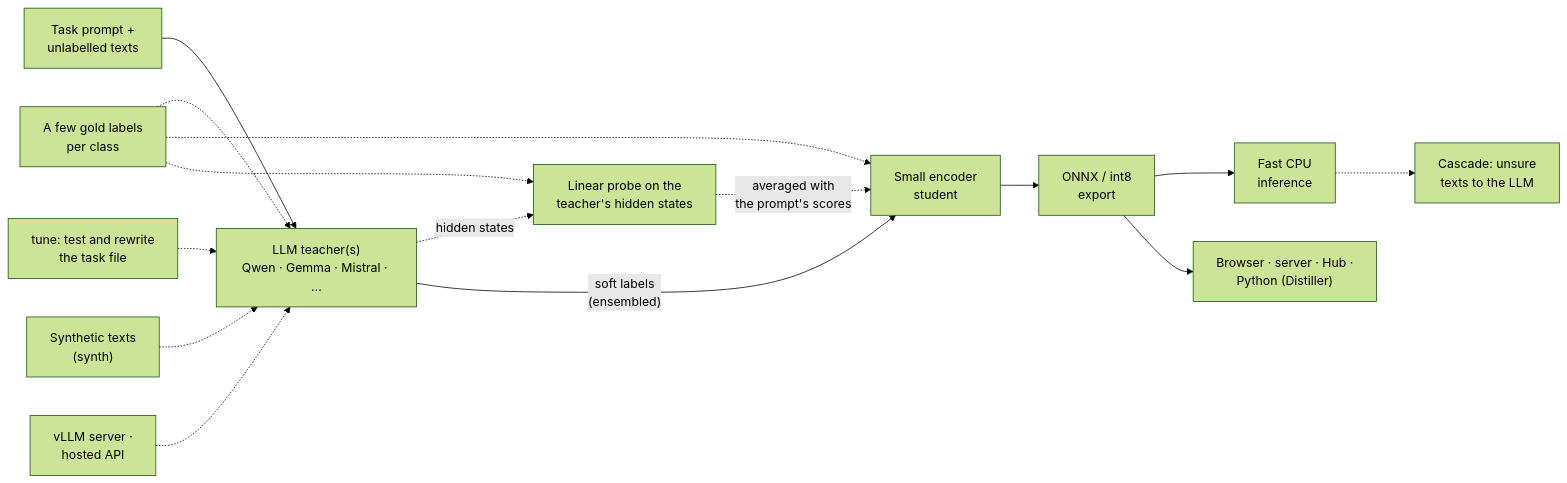
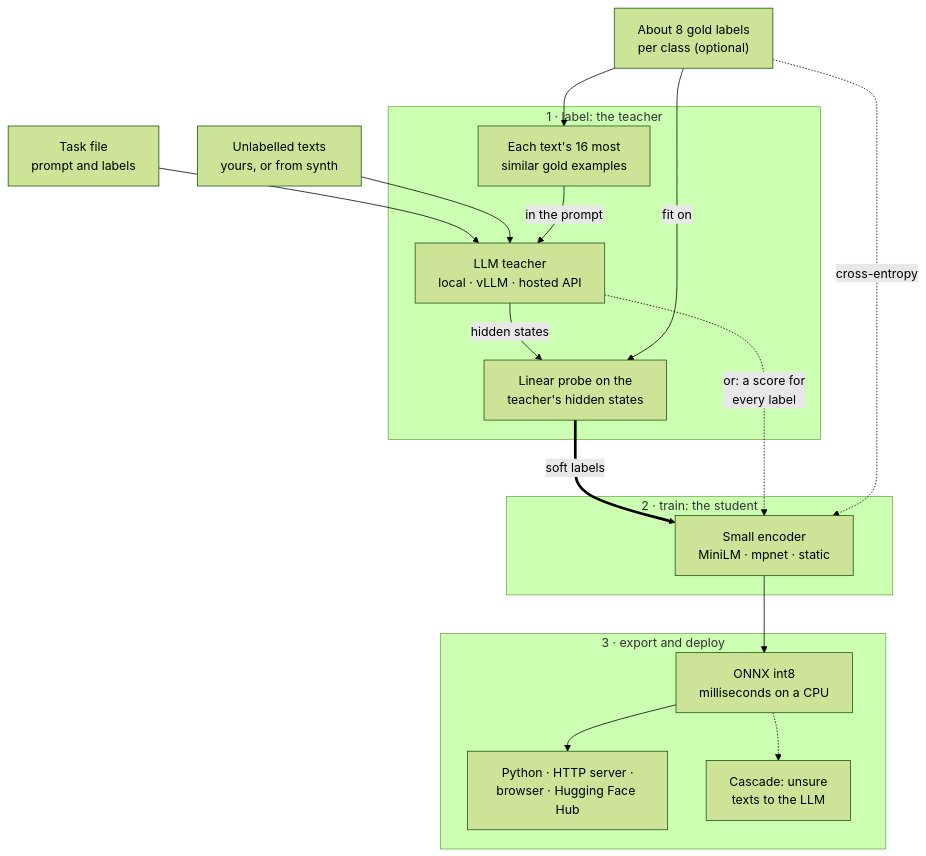
Before and after one commit to Andreas-Hum/tinydistill: the diagram in README.md, drawn with Mermaid (forest theme). The commit also changed other lines of this file and 1 other file, not shown here.

Commit message:
docs : a larger workflow diagram, top to bottom in three stages

````diff
--- a/README.md
+++ b/README.md
@@ -194,17 +194,31 @@
 ```mermaid
-flowchart LR
-    A["Task prompt +<br/>unlabelled texts"] --> B["LLM teacher(s)<br/>Qwen · Gemma · Mistral · ..."]
-    T["tune: test and rewrite<br/>the task file"] -.-> B
-    S["Synthetic texts<br/>(synth)"] -.-> B
-    V["vLLM server ·<br/>hosted API"] -.-> B
-    K["A few gold labels<br/>per class"] -.-> B
-    K -.-> C
-    K -.-> P["Linear probe on the<br/>teacher's hidden states"]
-    B -. "hidden states" .-> P
-    P -. "averaged with<br/>the prompt's scores" .-> C
-    B -- "soft labels<br/>(ensembled)" --> C["Small encoder<br/>student"]
-    C --> D["ONNX / int8<br/>export"]
-    D --> E["Fast CPU<br/>inference"]
-    D --> W["Browser · server · Hub ·<br/>Python (Distiller)"]
-    E -.-> F["Cascade: unsure<br/>texts to the LLM"]
+flowchart TB
+    A["Task file<br/>prompt and labels"]
+    U["Unlabelled texts<br/>yours, or from synth"]
+    K["About 8 gold labels<br/>per class (optional)"]
+    subgraph LABEL["1 · label: the teacher"]
+        R["Each text's 16 most<br/>similar gold examples"]
+        B["LLM teacher<br/>local · vLLM · hosted API"]
+        P["Linear probe on the<br/>teacher's hidden states"]
+    end
+    subgraph TRAIN["2 · train: the student"]
+        C["Small encoder<br/>MiniLM · mpnet · static"]
+    end
+    subgraph SHIP["3 · export and deploy"]
+        D["ONNX int8<br/>milliseconds on a CPU"]
+        E["Python · HTTP server ·<br/>browser · Hugging Face Hub"]
+        F["Cascade: unsure<br/>texts to the LLM"]
+    end
+    A --> B
+    U --> B
+    K --> R
+    R -- "in the prompt" --> B
+    B -- "hidden states" --> P
+    K -- "fit on" --> P
+    P == "soft labels" ==> C
+    B -. "or: a score for<br/>every label" .-> C
+    K -. "cross-entropy" .-> C
+    C --> D
+    D --> E
+    D -.-> F
 ```
````
